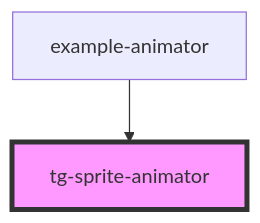
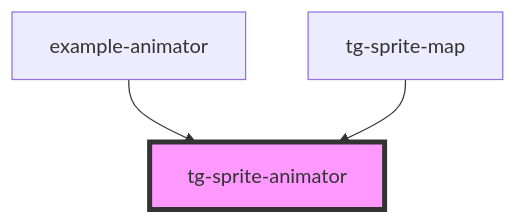
The diagram in src/components/engine/tg-sprite-animator/readme.md (Scan0815/tg-engine), drawn with Mermaid before and after one commit. The commit also changed other lines of this file and 9 other files, not shown here.

````diff
--- a/src/components/engine/tg-sprite-animator/readme.md
+++ b/src/components/engine/tg-sprite-animator/readme.md
@@ -44,5 +45,6 @@
 ```mermaid
 graph TD;
   example-animator --> tg-sprite-animator
+  tg-sprite-map --> tg-sprite-animator
   style tg-sprite-animator fill:#f9f,stroke:#333,stroke-width:4px
 ```
````
